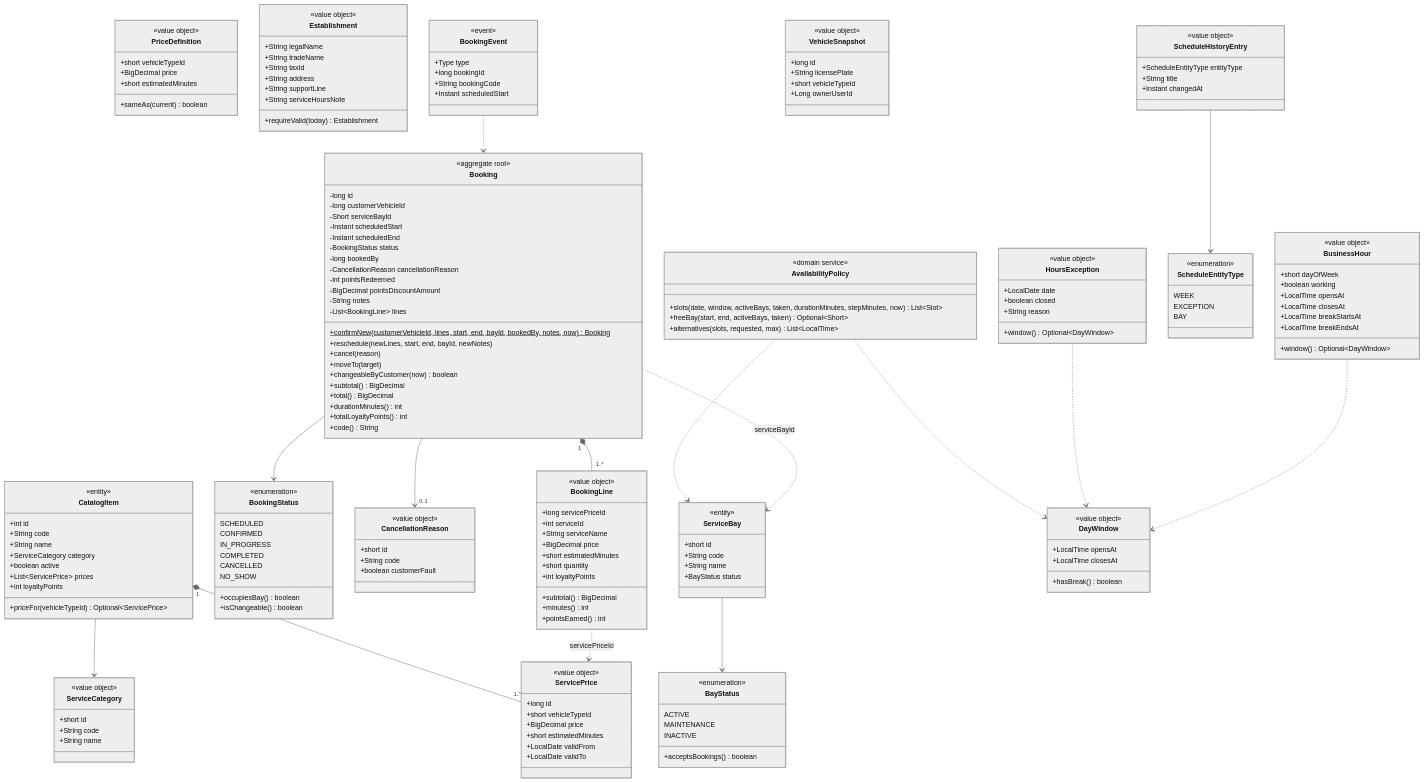
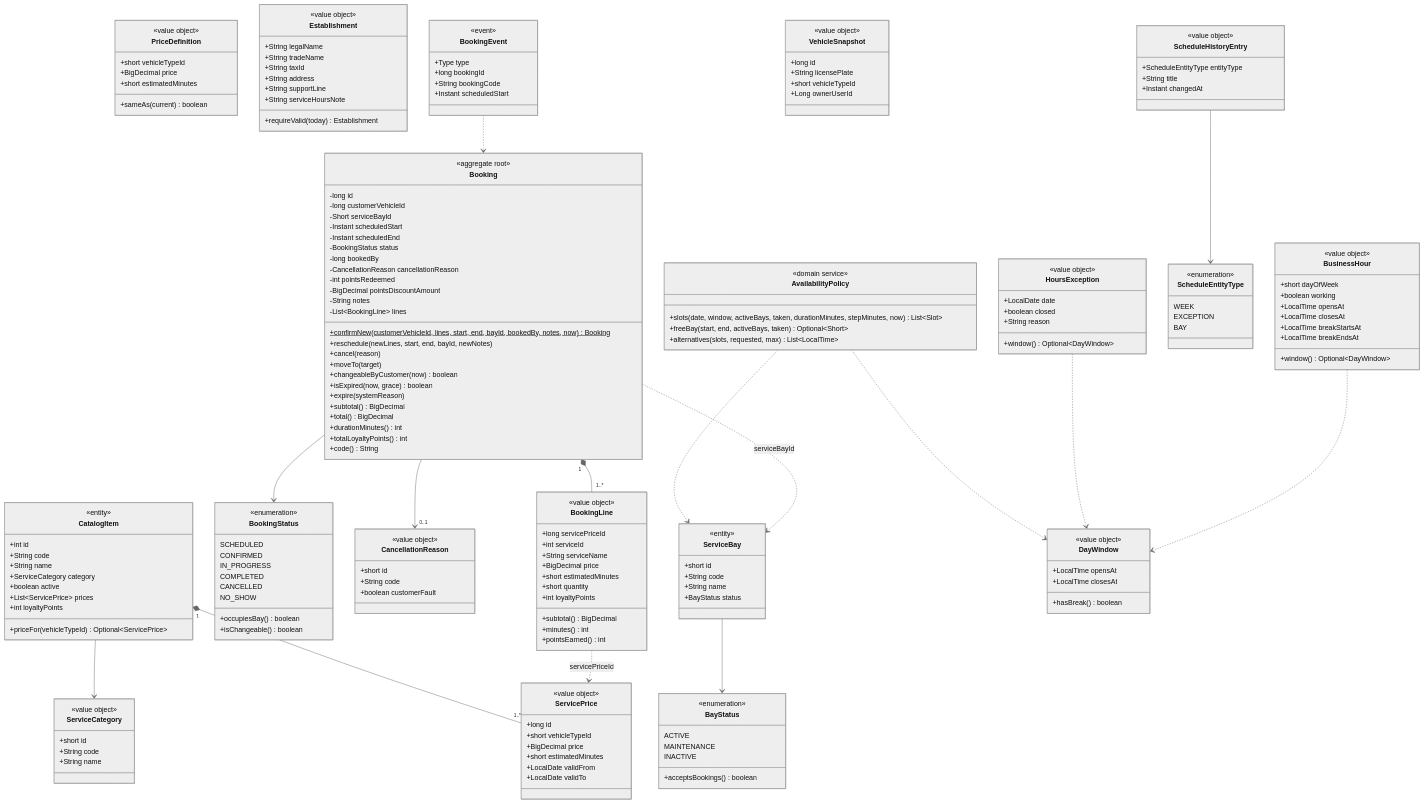
One commit to BrayanCABRERA123/lavarapido-docs changed diagram 12 of 20 in 04_DOCUMENTACION_DE_DISENO_DEL_SOFTWARE/EN/MD/software-design-documentation.md. Above: the diagram before and after it, drawn with Mermaid (neutral theme). The commit also changed other lines of this file, not shown here.

Commit message:
docs(design): document the session check, expired bookings and assignment lock in English (1.5)

```diff
--- a/04_DOCUMENTACION_DE_DISENO_DEL_SOFTWARE/EN/MD/software-design-documentation.md
+++ b/04_DOCUMENTACION_DE_DISENO_DEL_SOFTWARE/EN/MD/software-design-documentation.md
@@ -2127,6 +2133,8 @@
     +cancel(reason)
     +moveTo(target)
     +changeableByCustomer(now) boolean
+    +isExpired(now, grace) boolean
+    +expire(systemReason)
     +subtotal() BigDecimal
     +total() BigDecimal
     +durationMinutes() int
```
